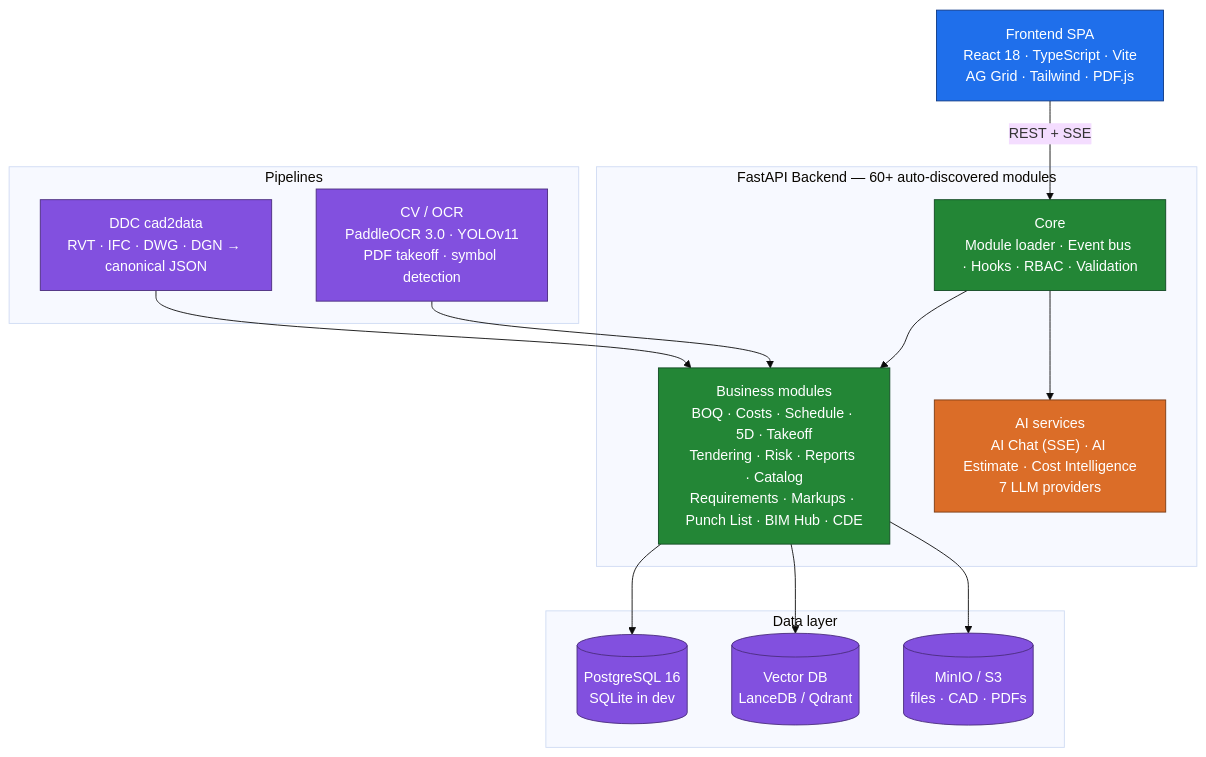
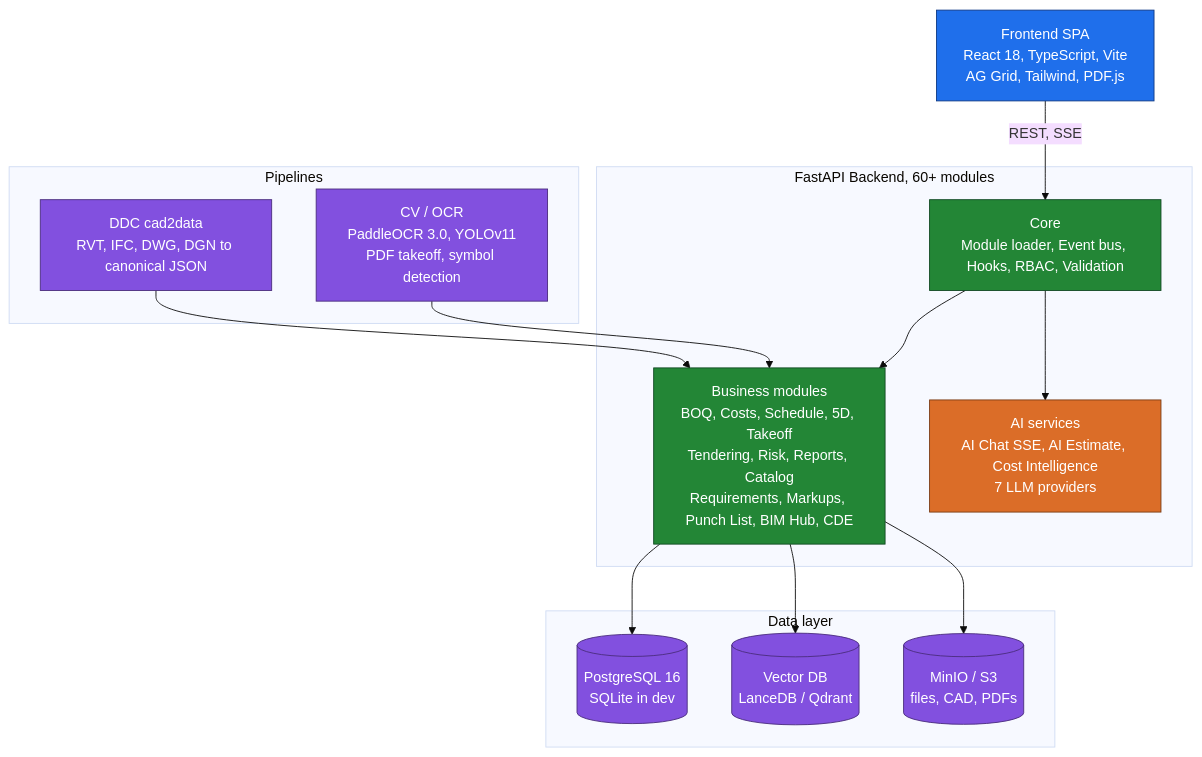
One commit to ehtick/OpenConstructionERP changed the diagram in README.md. Above: the diagram before and after it, drawn with Mermaid (base theme).

Commit message:
docs(readme): fix Mermaid Architecture diagram render error on GitHub
GitHub's Mermaid renderer was failing with
"Cannot read properties of undefined (reading 'render')". The usual
culprits are mixed unicode + special chars in node labels and the
modern subgraph syntax. Rewrote to the conservative subset GitHub
ships today:

* `<br/>` self-closing tags → plain `<br>`
* Middot `·` and em-dash `—` inside labels → commas / hyphens
* Unicode arrow `→` inside a label → "to"
* `subgraph Backend["..."]` → `subgraph Backend ["..."]` (space before
  the bracketed label is required by older parsers)
* `(SSE)` parens in a node label → plain `SSE`
* Unquoted edge label `UI -- REST + SSE -->` → quoted `"REST, SSE"`
* Dropped trailing semicolons on `class` statements

Plain-text fallback diagram below is unchanged.

````diff
--- a/README.md
+++ b/README.md
@@ -577,39 +577,39 @@
 ```mermaid
 flowchart TB
-    UI["Frontend SPA<br/>React 18 · TypeScript · Vite<br/>AG Grid · Tailwind · PDF.js"]
+    UI["Frontend SPA<br>React 18, TypeScript, Vite<br>AG Grid, Tailwind, PDF.js"]
 
-    subgraph Backend["FastAPI Backend — 60+ auto-discovered modules"]
-        CORE["Core<br/>Module loader · Event bus · Hooks · RBAC · Validation"]
-        BIZ["Business modules<br/>BOQ · Costs · Schedule · 5D · Takeoff<br/>Tendering · Risk · Reports · Catalog<br/>Requirements · Markups · Punch List · BIM Hub · CDE"]
-        AIS["AI services<br/>AI Chat (SSE) · AI Estimate · Cost Intelligence<br/>7 LLM providers"]
+    subgraph Backend ["FastAPI Backend, 60+ modules"]
+        CORE["Core<br>Module loader, Event bus, Hooks, RBAC, Validation"]
+        BIZ["Business modules<br>BOQ, Costs, Schedule, 5D, Takeoff<br>Tendering, Risk, Reports, Catalog<br>Requirements, Markups, Punch List, BIM Hub, CDE"]
+        AIS["AI services<br>AI Chat SSE, AI Estimate, Cost Intelligence<br>7 LLM providers"]
         CORE --> BIZ
         CORE --> AIS
     end
 
-    subgraph Data["Data layer"]
-        PG[("PostgreSQL 16<br/>SQLite in dev")]
-        VEC[("Vector DB<br/>LanceDB / Qdrant")]
-        S3[("MinIO / S3<br/>files · CAD · PDFs")]
+    subgraph Data ["Data layer"]
+        PG[("PostgreSQL 16<br>SQLite in dev")]
+        VEC[("Vector DB<br>LanceDB / Qdrant")]
+        S3[("MinIO / S3<br>files, CAD, PDFs")]
     end
 
-    subgraph Pipelines["Pipelines"]
-        CAD["DDC cad2data<br/>RVT · IFC · DWG · DGN → canonical JSON"]
-        CV["CV / OCR<br/>PaddleOCR 3.0 · YOLOv11<br/>PDF takeoff · symbol detection"]
+    subgraph Pipelines ["Pipelines"]
+        CAD["DDC cad2data<br>RVT, IFC, DWG, DGN to canonical JSON"]
+        CV["CV / OCR<br>PaddleOCR 3.0, YOLOv11<br>PDF takeoff, symbol detection"]
     end
 
-    UI -- "REST + SSE" --> CORE
+    UI -- "REST, SSE" --> CORE
     BIZ --> PG
     BIZ --> VEC
     BIZ --> S3
     CAD --> BIZ
     CV --> BIZ
 
     classDef fe fill:#1f6feb,stroke:#0d3885,color:#fff;
     classDef be fill:#238636,stroke:#104822,color:#fff;
     classDef ai fill:#db6d28,stroke:#7a3c14,color:#fff;
     classDef data fill:#8250df,stroke:#4a2c7d,color:#fff;
-    class UI fe;
-    class CORE,BIZ be;
-    class AIS ai;
-    class PG,VEC,S3,CAD,CV data;
+    class UI fe
+    class CORE,BIZ be
+    class AIS ai
+    class PG,VEC,S3,CAD,CV data
 ```
````
